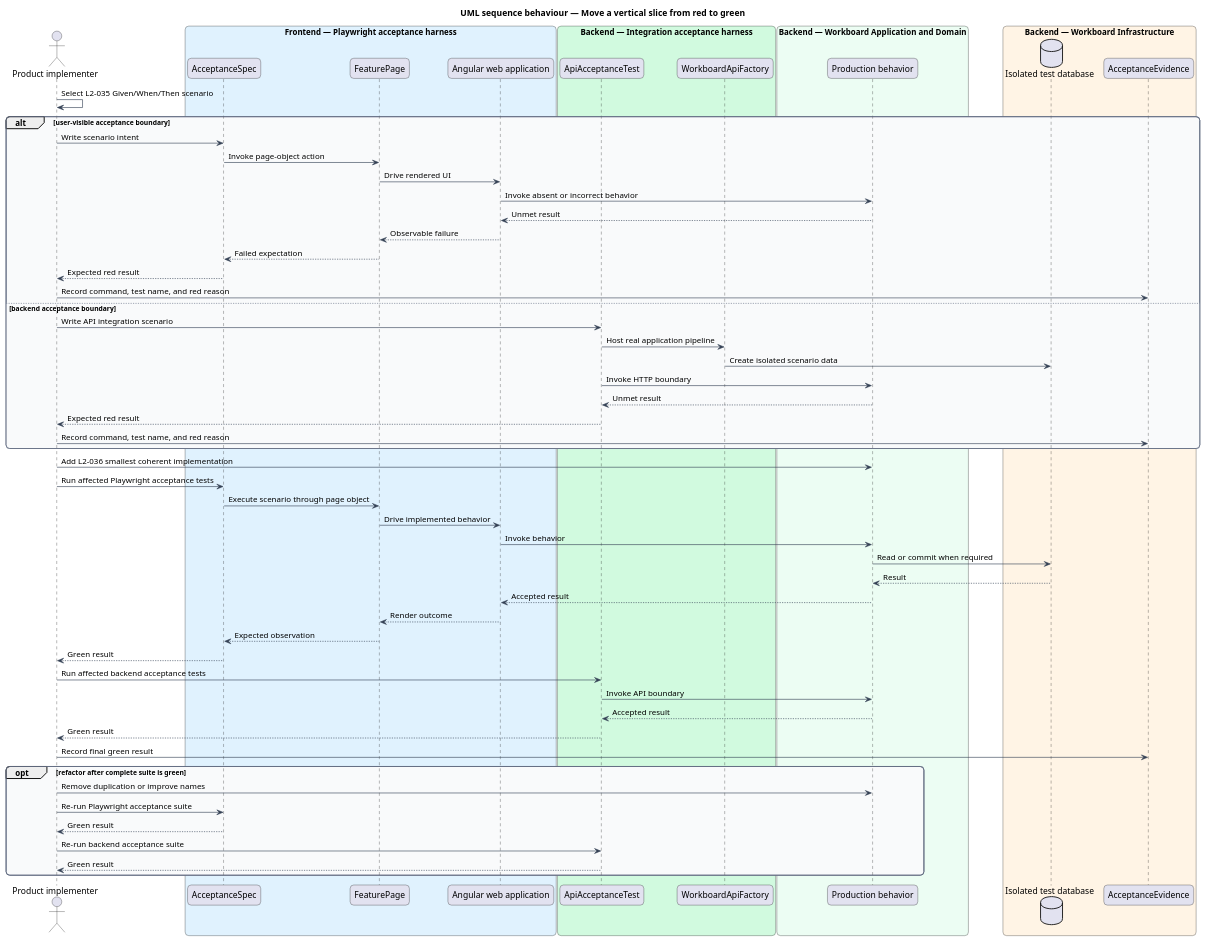
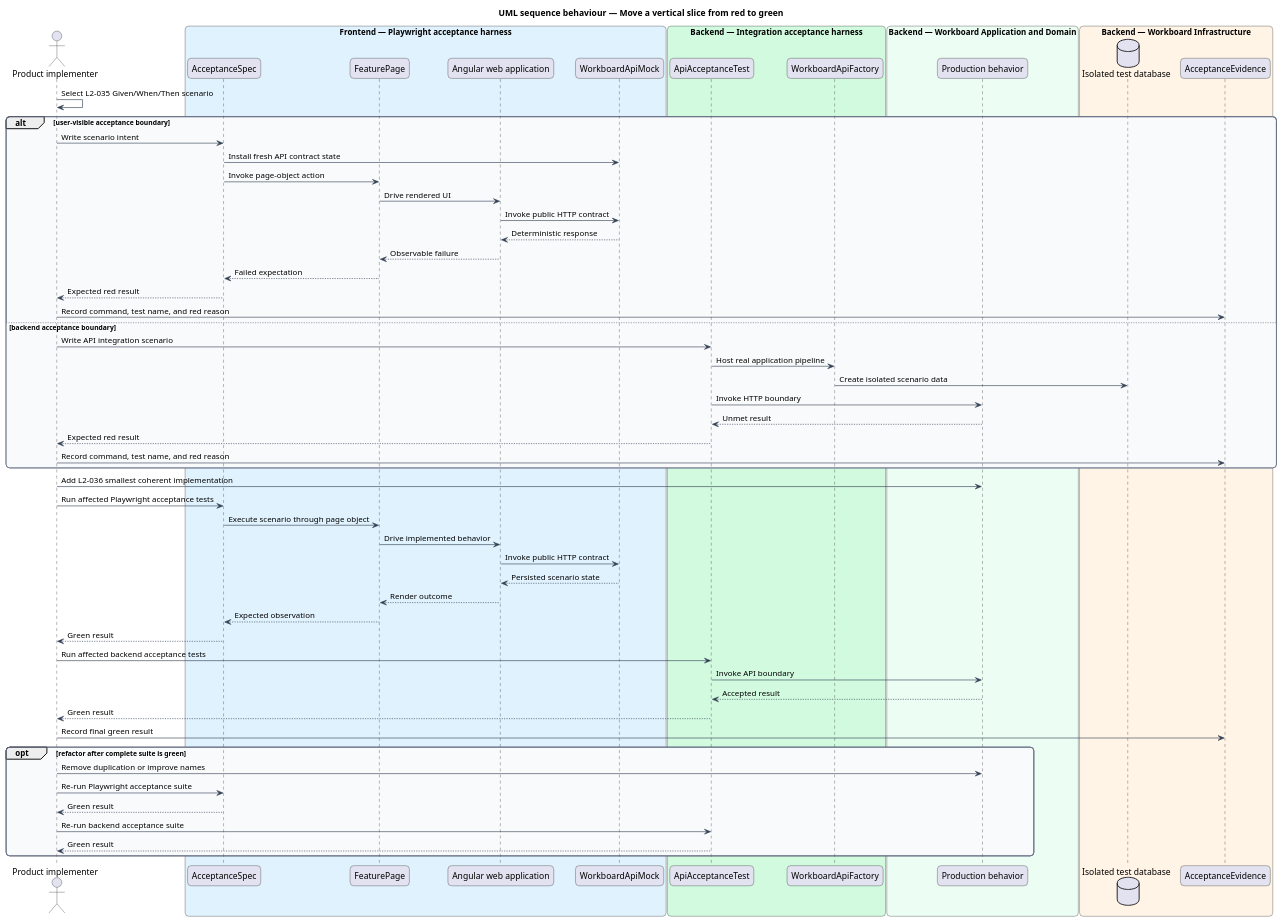
Before and after one commit to QuinntyneBrown/quinntyne-brown-consulting: the diagram in docs/detailed-designs/quality/deliver-with-atdd/diagrams/sequence-red-green.puml, drawn with PlantUML. The commit also changed 24 other files, not shown here.

```diff
--- a/docs/detailed-designs/quality/deliver-with-atdd/diagrams/sequence-red-green.puml
+++ b/docs/detailed-designs/quality/deliver-with-atdd/diagrams/sequence-red-green.puml
@@ -1,78 +1,78 @@
 @startuml
 title UML sequence behaviour — Move a vertical slice from red to green
 skinparam backgroundColor #FFFFFF
 skinparam shadowing false
 skinparam roundcorner 12
 skinparam defaultFontName Arial
 skinparam ArrowColor #344054
 skinparam rectangle {
   BorderColor #344054
   FontColor #101828
 }
 skinparam package {
   BorderColor #667085
   FontColor #101828
   BackgroundColor #F9FAFB
 }
 actor "Product implementer" as actor
 box "Frontend — Playwright acceptance harness" #E0F2FE
   participant "AcceptanceSpec" as spec
   participant "FeaturePage" as pageObject
   participant "Angular web application" as spa
+  participant "WorkboardApiMock" as mockApi
 end box
 box "Backend — Integration acceptance harness" #D1FADF
   participant "ApiAcceptanceTest" as integration
   participant "WorkboardApiFactory" as factory
 end box
 box "Backend — Workboard Application and Domain" #ECFDF3
   participant "Production behavior" as behavior
 end box
 box "Backend — Workboard Infrastructure" #FFF4E5
   database "Isolated test database" as db
   participant "AcceptanceEvidence" as evidence
 end box
 
 actor -> actor : Select L2-035 Given/When/Then scenario
 alt user-visible acceptance boundary
   actor -> spec : Write scenario intent
+  spec -> mockApi : Install fresh API contract state
   spec -> pageObject : Invoke page-object action
   pageObject -> spa : Drive rendered UI
-  spa -> behavior : Invoke absent or incorrect behavior
-  behavior --> spa : Unmet result
+  spa -> mockApi : Invoke public HTTP contract
+  mockApi --> spa : Deterministic response
   spa --> pageObject : Observable failure
   pageObject --> spec : Failed expectation
   spec --> actor : Expected red result
   actor -> evidence : Record command, test name, and red reason
 else backend acceptance boundary
   actor -> integration : Write API integration scenario
   integration -> factory : Host real application pipeline
   factory -> db : Create isolated scenario data
   integration -> behavior : Invoke HTTP boundary
   behavior --> integration : Unmet result
   integration --> actor : Expected red result
   actor -> evidence : Record command, test name, and red reason
 end
 actor -> behavior : Add L2-036 smallest coherent implementation
 actor -> spec : Run affected Playwright acceptance tests
 spec -> pageObject : Execute scenario through page object
 pageObject -> spa : Drive implemented behavior
-spa -> behavior : Invoke behavior
-behavior -> db : Read or commit when required
-db --> behavior : Result
-behavior --> spa : Accepted result
+spa -> mockApi : Invoke public HTTP contract
+mockApi --> spa : Persisted scenario state
 spa --> pageObject : Render outcome
 pageObject --> spec : Expected observation
 spec --> actor : Green result
 actor -> integration : Run affected backend acceptance tests
 integration -> behavior : Invoke API boundary
 behavior --> integration : Accepted result
 integration --> actor : Green result
 actor -> evidence : Record final green result
 opt refactor after complete suite is green
   actor -> behavior : Remove duplication or improve names
   actor -> spec : Re-run Playwright acceptance suite
   spec --> actor : Green result
   actor -> integration : Re-run backend acceptance suite
   integration --> actor : Green result
 end
 @enduml
```
